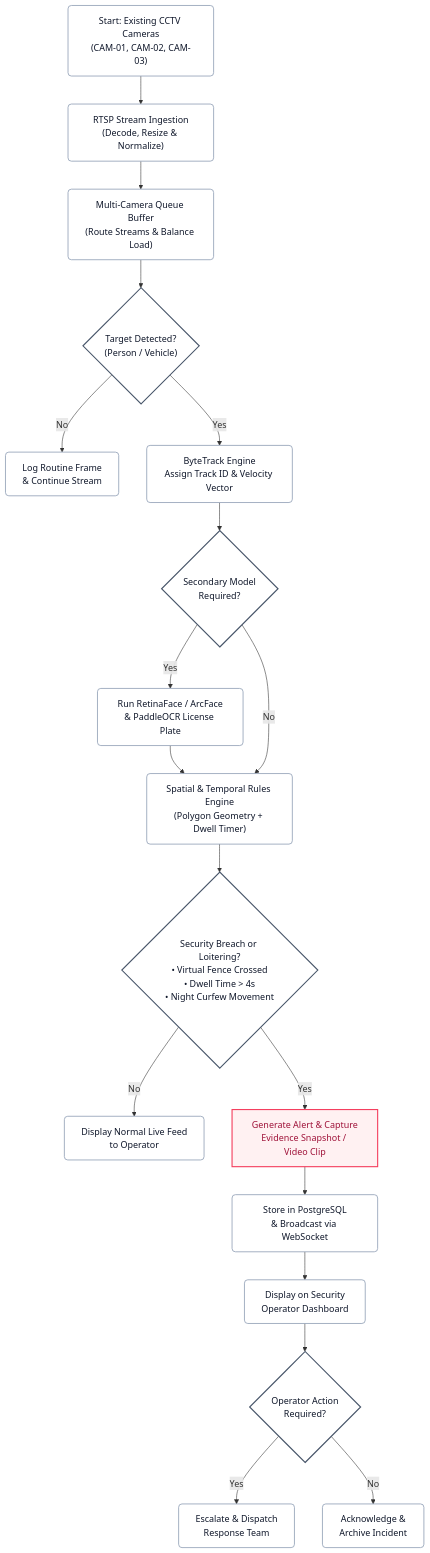
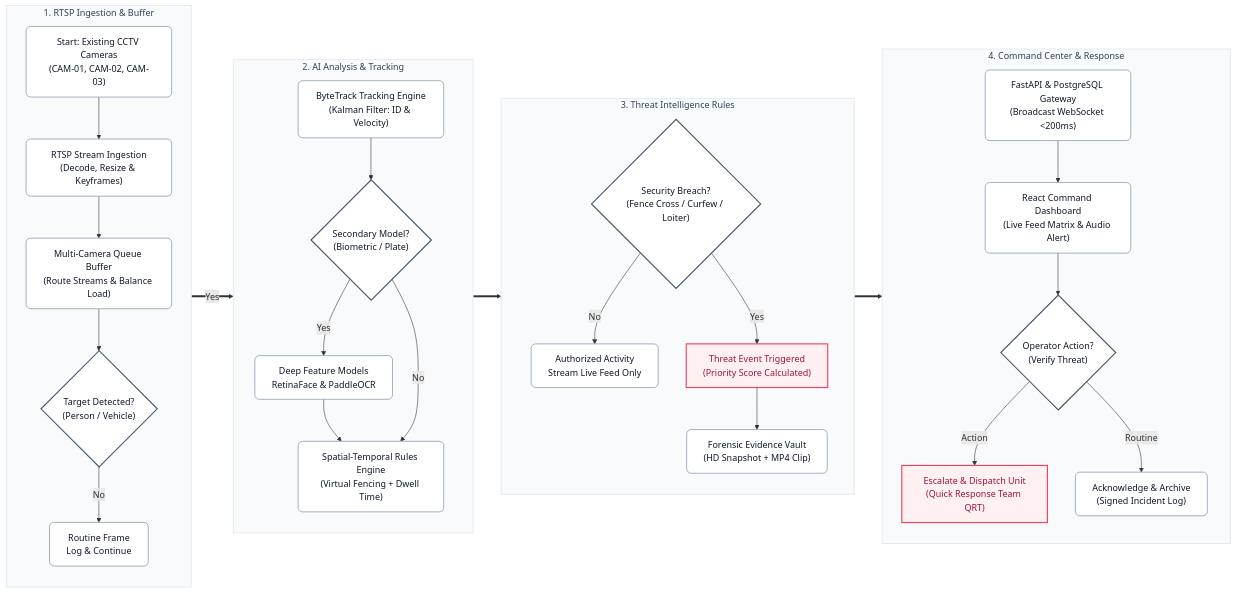
Before and after one commit to Akshat-coder-101/sih: the first of 3 diagrams in README.md, drawn with Mermaid. The commit also changed 5 other files, not shown here.

Commit message:
fix(docs): perfect flowchart geometric alignment, 4-column layout, and high-res vector rendering

````diff
--- a/README.md
+++ b/README.md
@@ -21,54 +21,69 @@
 ```mermaid
-flowchart TD
-    %% Styling Classes for clean white cards and decision diamonds
-    classDef card fill:#ffffff,stroke:#94a3b8,stroke-width:1.5px,color:#0f172a,rx:6px,ry:6px;
+flowchart LR
+    %% Styling Classes
+    classDef card fill:#ffffff,stroke:#94a3b8,stroke-width:1.5px,color:#0f172a,rx:8px,ry:8px;
     classDef decision fill:#ffffff,stroke:#475569,stroke-width:2px,color:#0f172a;
     classDef alert fill:#fff1f2,stroke:#f43f5e,stroke-width:2px,color:#9f1239;
+    classDef subg fill:#f8fafc,stroke:#e2e8f0,stroke-width:1.5px,color:#334155;
 
-    START["Start: Existing CCTV Cameras<br/>(CAM-01, CAM-02, CAM-03)"]:::card
-    INGEST["RTSP Stream Ingestion<br/>(Decode, Resize & Normalize)"]:::card
-    QUEUE["Multi-Camera Queue Buffer<br/>(Route Streams & Balance Load)"]:::card
+    %% Column 1: Ingestion
+    subgraph COL1["1. RTSP Ingestion & Buffer"]
+        direction TB
+        START["Start: Existing CCTV Cameras<br/>(CAM-01, CAM-02, CAM-03)"]:::card
+        INGEST["RTSP Stream Ingestion<br/>(Decode, Resize & Keyframes)"]:::card
+        QUEUE["Multi-Camera Queue Buffer<br/>(Route Streams & Balance Load)"]:::card
+        DEC_TARGET{"Target Detected?<br/>(Person / Vehicle)"}:::decision
+        DISCARD["Routine Frame<br/>Log & Continue"]:::card
 
-    START --> INGEST --> QUEUE
+        START --> INGEST --> QUEUE --> DEC_TARGET
+        DEC_TARGET -- No --> DISCARD
+    end
+    class COL1 subg;
 
-    DEC_TARGET{"Target Detected?<br/>(Person / Vehicle)"}:::decision
-    QUEUE --> DEC_TARGET
+    %% Column 2: AI Pipeline & Tracking
+    subgraph COL2["2. AI Analysis & Tracking"]
+        direction TB
+        TRACK["ByteTrack Tracking Engine<br/>(Kalman Filter: ID & Velocity)"]:::card
+        DEC_SECONDARY{"Secondary Model?<br/>(Biometric / Plate)"}:::decision
+        OCR_FACE["Deep Feature Models<br/>RetinaFace & PaddleOCR"]:::card
+        RULES["Spatial-Temporal Rules Engine<br/>(Virtual Fencing + Dwell Time)"]:::card
 
-    DISCARD["Log Routine Frame<br/>& Continue Stream"]:::card
-    TRACK["ByteTrack Engine<br/>Assign Track ID & Velocity Vector"]:::card
+        TRACK --> DEC_SECONDARY
+        DEC_SECONDARY -- Yes --> OCR_FACE --> RULES
+        DEC_SECONDARY -- No --> RULES
+    end
+    class COL2 subg;
 
-    DEC_TARGET -- No --> DISCARD
-    DEC_TARGET -- Yes --> TRACK
+    %% Column 3: Threat Intelligence
+    subgraph COL3["3. Threat Intelligence Rules"]
+        direction TB
+        DEC_BREACH{"Security Breach?<br/>(Fence Cross / Curfew / Loiter)"}:::decision
+        NORMAL_LIVE["Authorized Activity<br/>Stream Live Feed Only"]:::card
+        ALERT_EVI["Threat Event Triggered<br/>(Priority Score Calculated)"]:::alert
+        EVIDENCE["Forensic Evidence Vault<br/>(HD Snapshot + MP4 Clip)"]:::card
 
-    DEC_SECONDARY{"Secondary Model<br/>Required?"}:::decision
-    TRACK --> DEC_SECONDARY
+        DEC_BREACH -- No --> NORMAL_LIVE
+        DEC_BREACH -- Yes --> ALERT_EVI --> EVIDENCE
+    end
+    class COL3 subg;
 
-    OCR_FACE["Run RetinaFace / ArcFace<br/>& PaddleOCR License Plate"]:::card
-    RULES["Spatial & Temporal Rules Engine<br/>(Polygon Geometry + Dwell Timer)"]:::card
+    %% Column 4: Command Center & Action
+    subgraph COL4["4. Command Center & Response"]
+        direction TB
+        GATEWAY["FastAPI & PostgreSQL Gateway<br/>(Broadcast WebSocket &lt;200ms)"]:::card
+        DASH["React Command Dashboard<br/>(Live Feed Matrix & Audio Alert)"]:::card
+        DEC_OP{"Operator Action?<br/>(Verify Threat)"}:::decision
+        DISPATCH["Escalate & Dispatch Unit<br/>(Quick Response Team QRT)"]:::alert
+        ARCHIVE["Acknowledge & Archive<br/>(Signed Incident Log)"]:::card
 
-    DEC_SECONDARY -- Yes --> OCR_FACE --> RULES
-    DEC_SECONDARY -- No --> RULES
+        GATEWAY --> DASH --> DEC_OP
+        DEC_OP -- Action --> DISPATCH
+        DEC_OP -- Routine --> ARCHIVE
+    end
+    class COL4 subg;
 
-    DEC_BREACH{"Security Breach or Loitering?<br/>• Virtual Fence Crossed<br/>• Dwell Time > 4s<br/>• Night Curfew Movement"}:::decision
-    RULES --> DEC_BREACH
-
-    NORMAL_LIVE["Display Normal Live Feed<br/>to Operator"]:::card
-    ALERT_EVI["Generate Alert & Capture<br/>Evidence Snapshot / Video Clip"]:::alert
-
-    DEC_BREACH -- No --> NORMAL_LIVE
-    DEC_BREACH -- Yes --> ALERT_EVI
-
-    POSTGRES["Store in PostgreSQL<br/>& Broadcast via WebSocket"]:::card
-    DASH["Display on Security<br/>Operator Dashboard"]:::card
-
-    ALERT_EVI --> POSTGRES --> DASH
-
-    DEC_OP{"Operator Action<br/>Required?"}:::decision
-    DASH --> DEC_OP
-
-    DISPATCH["Escalate & Dispatch<br/>Response Team"]:::card
-    ARCHIVE["Acknowledge &<br/>Archive Incident"]:::card
-
-    DEC_OP -- Yes --> DISPATCH
-    DEC_OP -- No --> ARCHIVE
+    %% Cross-Column Interconnections
+    DEC_TARGET == Yes ==> TRACK
+    RULES ==> DEC_BREACH
+    EVIDENCE ==> GATEWAY
 ```
````
